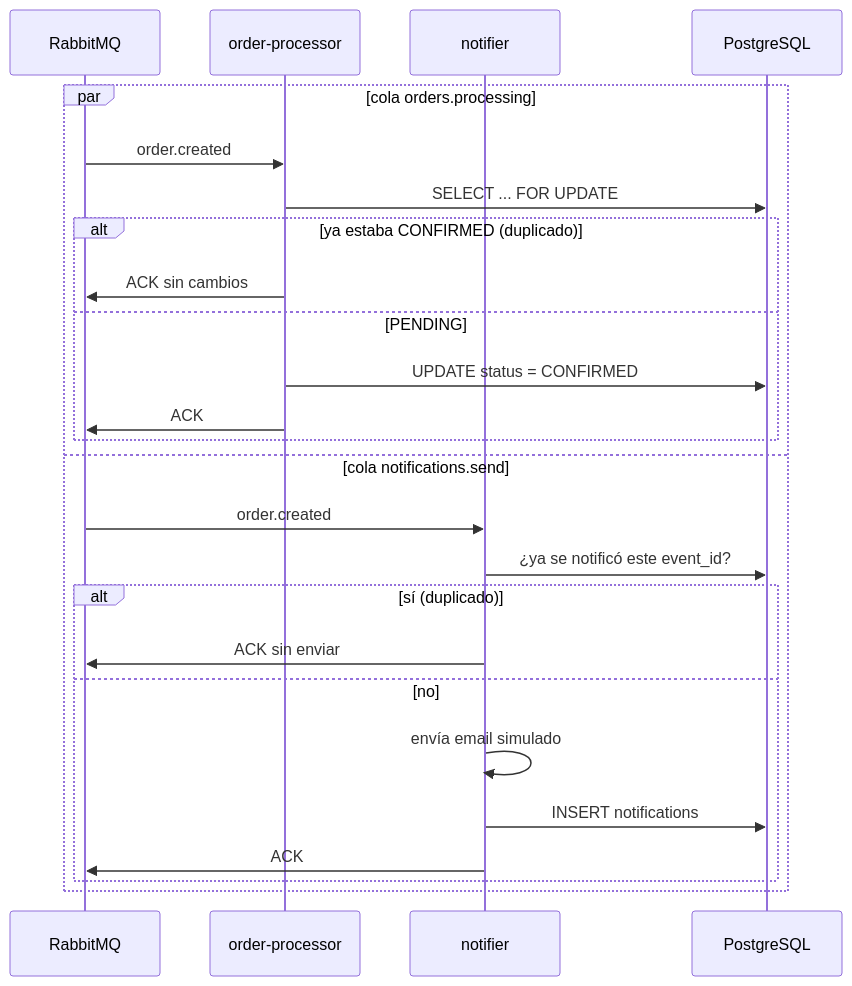
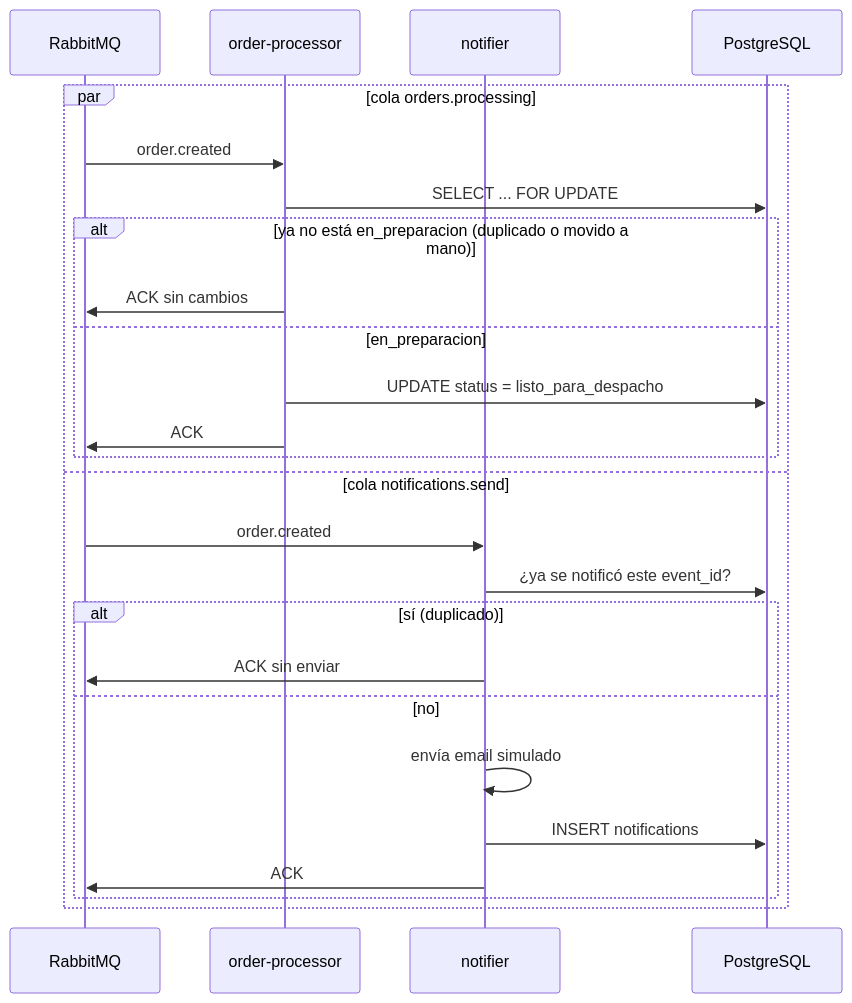
One commit to josemiguellopez/bootcamp_go_xintec changed the fourth of 8 diagrams in docs/04-arquitectura.md. Above: the diagram before and after it, drawn with Mermaid. The commit also changed other lines of this file and 11 other files, not shown here.

````diff
--- a/docs/04-arquitectura.md
+++ b/docs/04-arquitectura.md
@@ -79,28 +79,28 @@
 ```mermaid
 sequenceDiagram
     participant MQ as RabbitMQ
     participant OP as order-processor
     participant NT as notifier
     participant DB as PostgreSQL
 
     par cola orders.processing
         MQ->>OP: order.created
         OP->>DB: SELECT ... FOR UPDATE
-        alt ya estaba CONFIRMED (duplicado)
+        alt ya no está en_preparacion (duplicado o movido a mano)
             OP->>MQ: ACK sin cambios
-        else PENDING
-            OP->>DB: UPDATE status = CONFIRMED
+        else en_preparacion
+            OP->>DB: UPDATE status = listo_para_despacho
             OP->>MQ: ACK
         end
     and cola notifications.send
         MQ->>NT: order.created
         NT->>DB: ¿ya se notificó este event_id?
         alt sí (duplicado)
             NT->>MQ: ACK sin enviar
         else no
             NT->>NT: envía email simulado
             NT->>DB: INSERT notifications
             NT->>MQ: ACK
         end
     end
 ```
````
